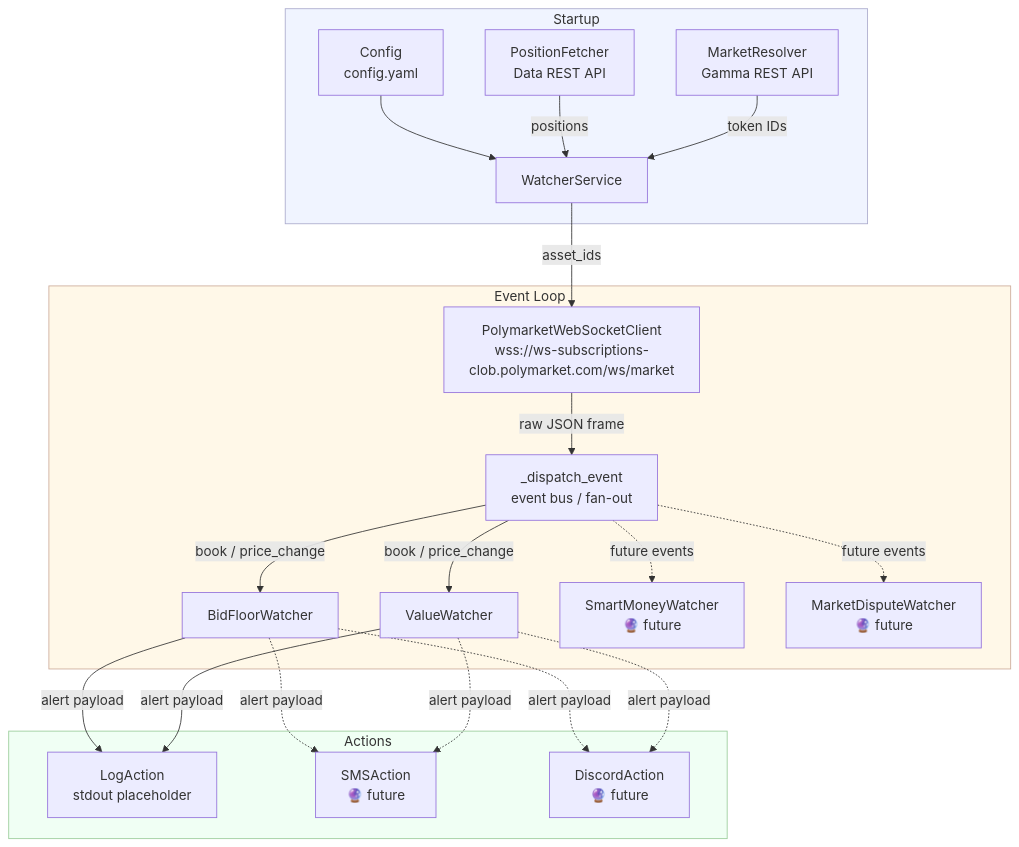
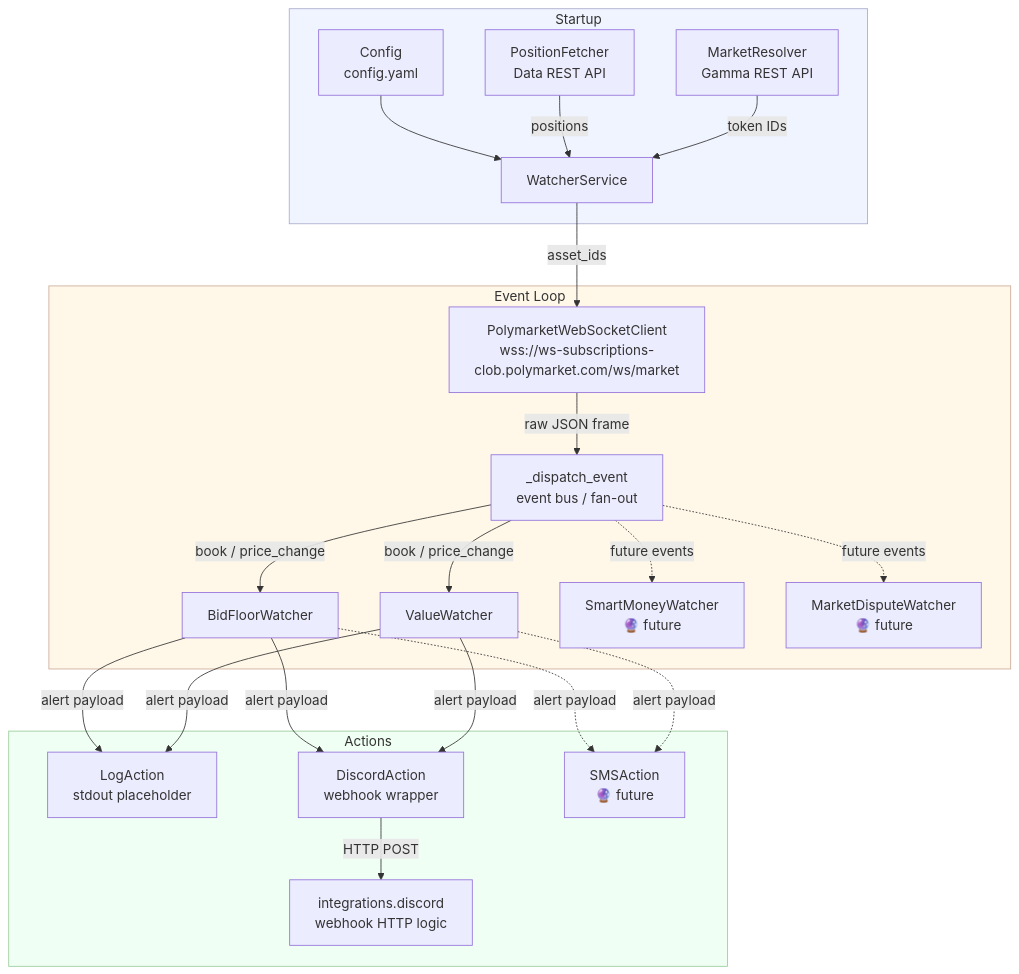
One commit to Billthekidz/symmetrical-carnival changed the diagram in docs/architecture.md. Above: the diagram before and after it, drawn with Mermaid. The commit also changed other lines of this file and 11 other files, not shown here.

First line of the commit message:
feat: add Discord webhook action with two-layer integrations pattern and Option C secrets via EnvironmentFile

````diff
--- a/docs/architecture.md
+++ b/docs/architecture.md
@@ -9,31 +9,32 @@
 ```mermaid
 flowchart TD
     subgraph startup["Startup"]
         CFG[Config\nconfig.yaml] --> SVC[WatcherService]
         PF[PositionFetcher\nData REST API] -->|positions| SVC
         MR[MarketResolver\nGamma REST API] -->|token IDs| SVC
     end
 
     SVC -->|asset_ids| WS[PolymarketWebSocketClient\nwss://ws-subscriptions-clob.polymarket.com/ws/market]
 
     subgraph event_loop["Event Loop"]
         WS -->|raw JSON frame| DISPATCH[_dispatch_event\nevent bus / fan-out]
         DISPATCH -->|book / price_change| BFW[BidFloorWatcher]
         DISPATCH -->|book / price_change| VW[ValueWatcher]
         DISPATCH -.->|future events| FW1[SmartMoneyWatcher\n🔮 future]
         DISPATCH -.->|future events| FW2[MarketDisputeWatcher\n🔮 future]
     end
 
     subgraph actions["Actions"]
         BFW -->|alert payload| LA[LogAction\nstdout placeholder]
         VW -->|alert payload| LA
+        BFW -->|alert payload| DA[DiscordAction\nwebhook wrapper]
+        VW -->|alert payload| DA
+        DA -->|HTTP POST| DI[integrations.discord\nwebhook HTTP logic]
         BFW -.->|alert payload| FA1[SMSAction\n🔮 future]
-        BFW -.->|alert payload| FA2[DiscordAction\n🔮 future]
         VW -.->|alert payload| FA1
-        VW -.->|alert payload| FA2
     end
 
     style startup fill:#f0f4ff,stroke:#aac
     style event_loop fill:#fff8e8,stroke:#ca9
     style actions fill:#f0fff4,stroke:#9c9
 ```
````
